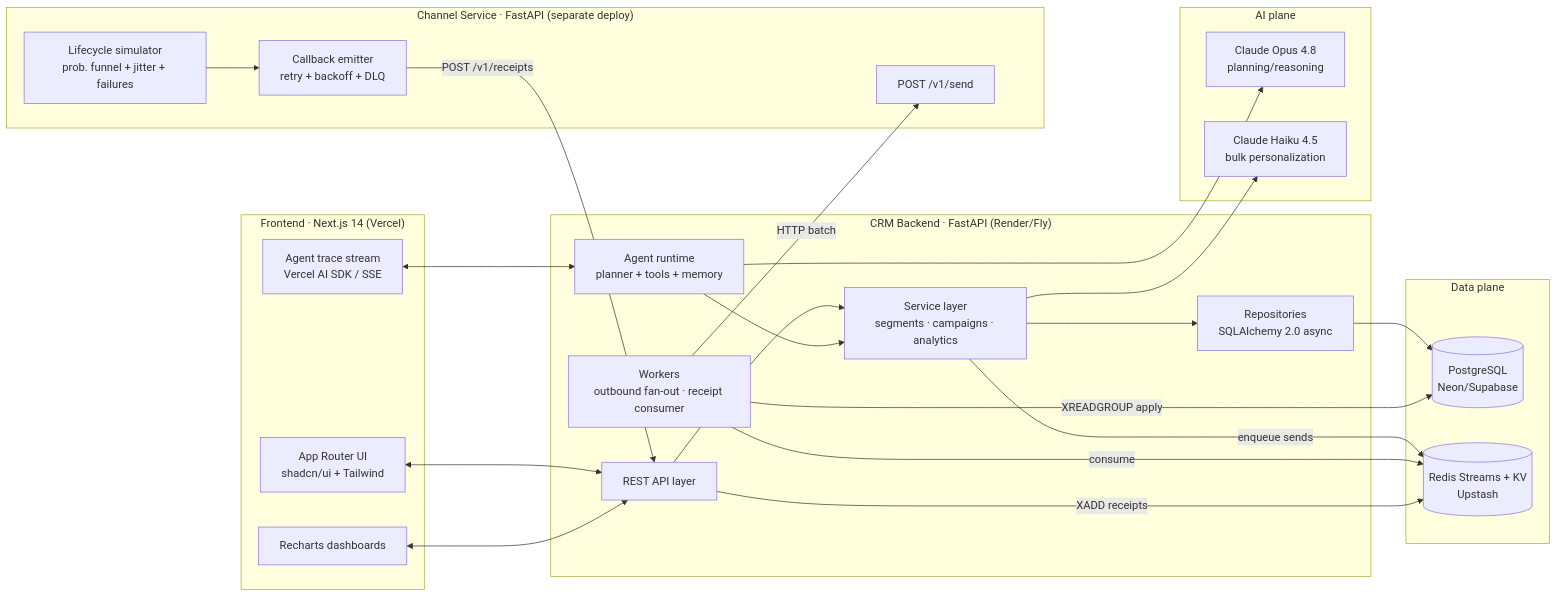
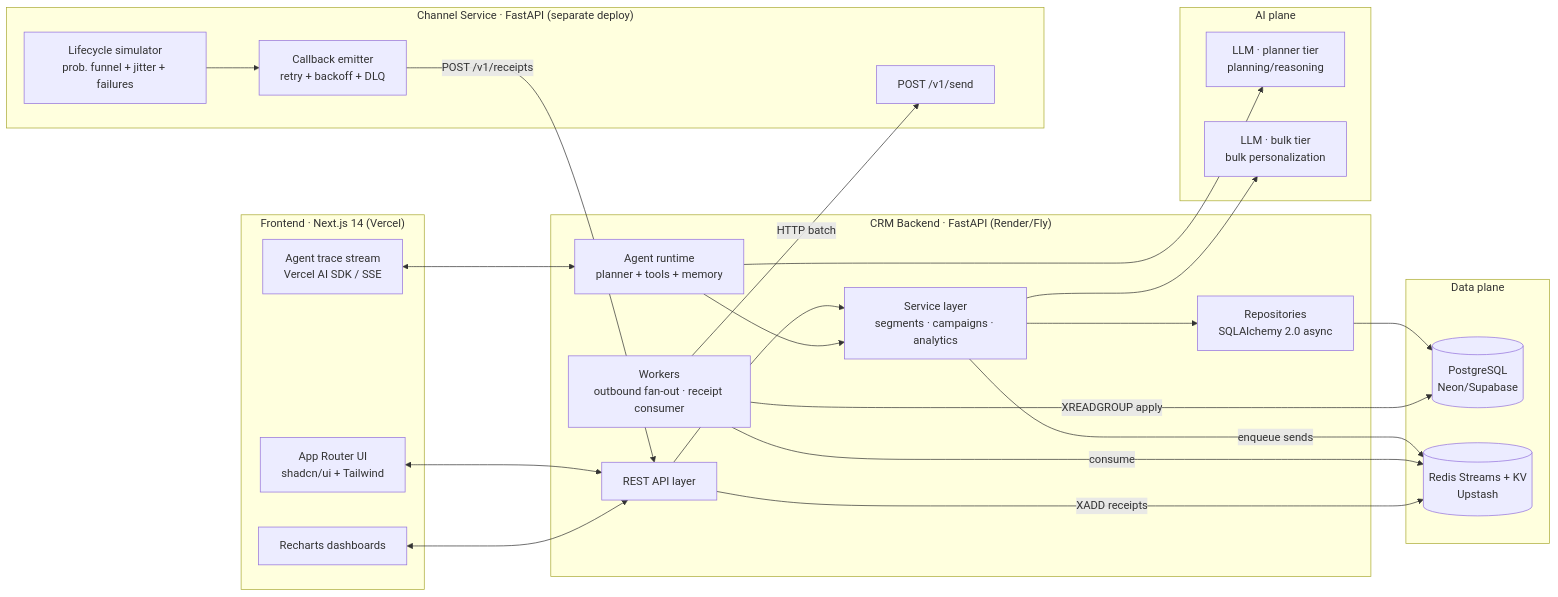
One commit to blazingarrows1525/xeno-sde changed the third of 10 diagrams in BLUEPRINT.md. Above: the diagram before and after it, drawn with Mermaid. The commit also changed other lines of this file and 12 other files, not shown here.

````diff
--- a/BLUEPRINT.md
+++ b/BLUEPRINT.md
@@ -232,46 +232,46 @@
 ```mermaid
 flowchart LR
     subgraph CLIENT["Frontend · Next.js 14 (Vercel)"]
         UI[App Router UI<br/>shadcn/ui + Tailwind]
         SSE[Agent trace stream<br/>Vercel AI SDK / SSE]
         RC[Recharts dashboards]
     end
 
     subgraph CRM["CRM Backend · FastAPI (Render/Fly)"]
         API[REST API layer]
         SVC[Service layer<br/>segments · campaigns · analytics]
         AGT[Agent runtime<br/>planner + tools + memory]
         REPO[Repositories<br/>SQLAlchemy 2.0 async]
         WRK[Workers<br/>outbound fan-out · receipt consumer]
     end
 
     subgraph CHSVC["Channel Service · FastAPI (separate deploy)"]
         SEND[POST /v1/send]
         SIM[Lifecycle simulator<br/>prob. funnel + jitter + failures]
         CB[Callback emitter<br/>retry + backoff + DLQ]
     end
 
     subgraph DATA["Data plane"]
         PG[(PostgreSQL<br/>Neon/Supabase)]
         RS[(Redis Streams + KV<br/>Upstash)]
     end
 
     subgraph AI["AI plane"]
-        OPUS[Claude Opus 4.8<br/>planning/reasoning]
-        HAIKU[Claude Haiku 4.5<br/>bulk personalization]
+        OPUS[LLM · planner tier<br/>planning/reasoning]
+        HAIKU[LLM · bulk tier<br/>bulk personalization]
     end
 
     UI <--> API
     SSE <--> AGT
     RC <--> API
     API --> SVC --> REPO --> PG
     AGT --> OPUS
     AGT --> SVC
     SVC --> HAIKU
     SVC -->|enqueue sends| RS
     WRK -->|consume| RS
     WRK -->|HTTP batch| SEND
     SIM --> CB -->|POST /v1/receipts| API
     API -->|XADD receipts| RS
     WRK -->|XREADGROUP apply| PG
 ```
````
